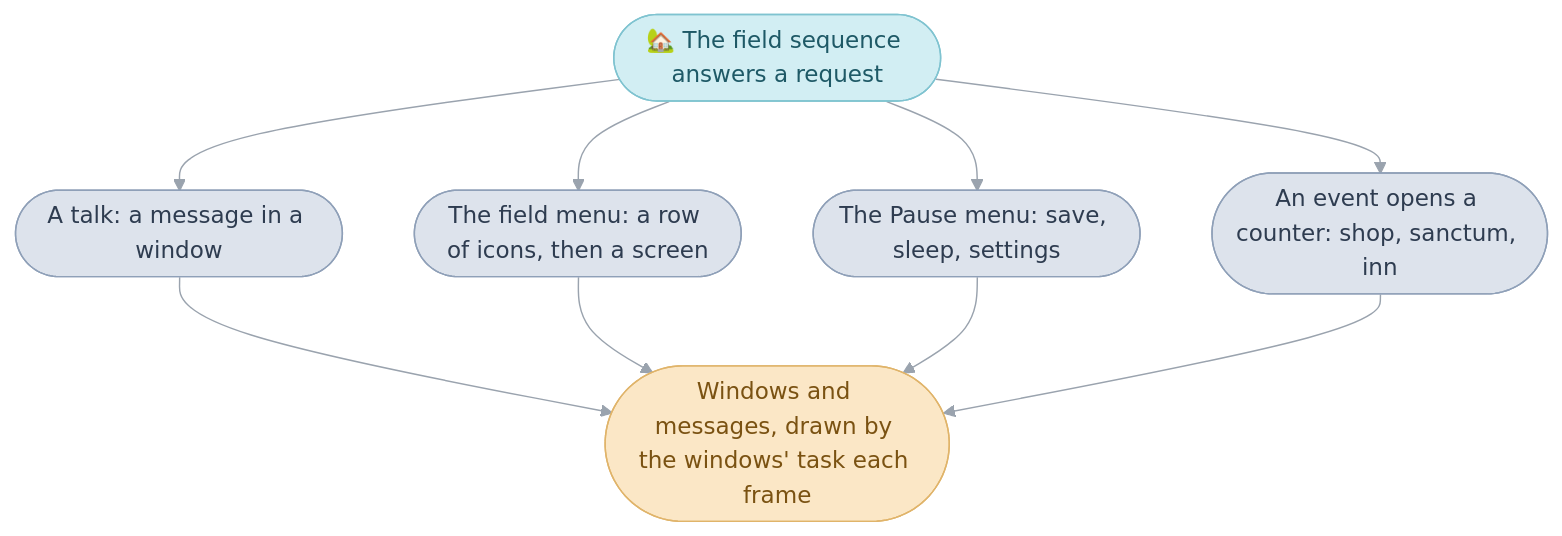
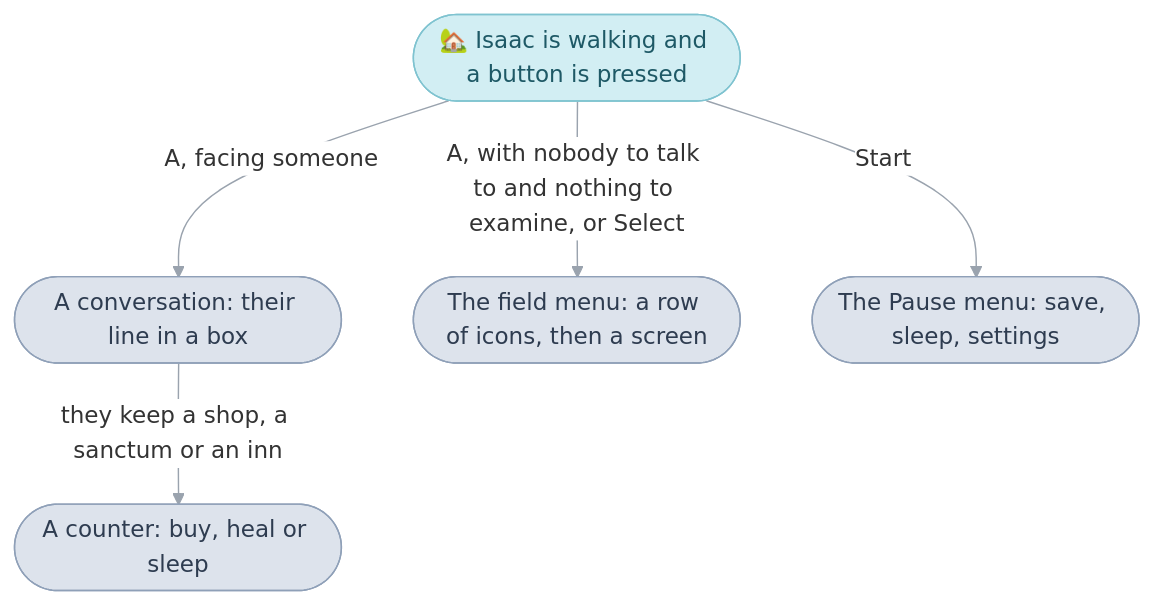
The diagram in games/tbs/interface.md (PascalPixel/alchemy), drawn with Mermaid before and after one commit. The commit also changed other lines of this file and 20 other files, not shown here.

````diff
--- a/games/tbs/interface.md
+++ b/games/tbs/interface.md
@@ -23,12 +29,13 @@
 ```mermaid
 %%{init: {"theme": "base", "themeVariables": {"lineColor": "#9AA3AE", "edgeLabelBackground": "#FFFFFF"}, "flowchart": {"curve": "basis", "padding": 12}}}%%
 flowchart TD
-  field(["🏡 The field sequence answers a request"]) --> talk(["A talk: a message in a window"]) & menu(["The field menu: a row of icons, then a screen"]) & pause(["The Pause menu: save, sleep, settings"]) & counter(["An event opens a counter: shop, sanctum, inn"])
-  talk & menu & pause & counter --> windows(["Windows and messages, drawn by the windows' task each frame"])
+  field(["🏡 Isaac is walking and a button is pressed"])
+  field -- "A, facing someone" --> talk(["A conversation: their line in a box"])
+  talk -- "they keep a shop, a sanctum or an inn" --> counter(["A counter: buy, heal or sleep"])
+  field -- "A, with nobody to talk to and nothing to examine, or Select" --> menu(["The field menu: a row of icons, then a screen"])
+  field -- "Start" --> pause(["The Pause menu: save, sleep, settings"])
   classDef sequence fill:#D2EEF3,stroke:#7FC3D0,color:#1E5966
   classDef screen fill:#DDE3EC,stroke:#8FA0B8,color:#2E3C50
-  classDef frame fill:#FBE7C6,stroke:#E0B46A,color:#7A5212
   class field sequence
   class talk,menu,pause,counter screen
-  class windows frame
 ```
````
